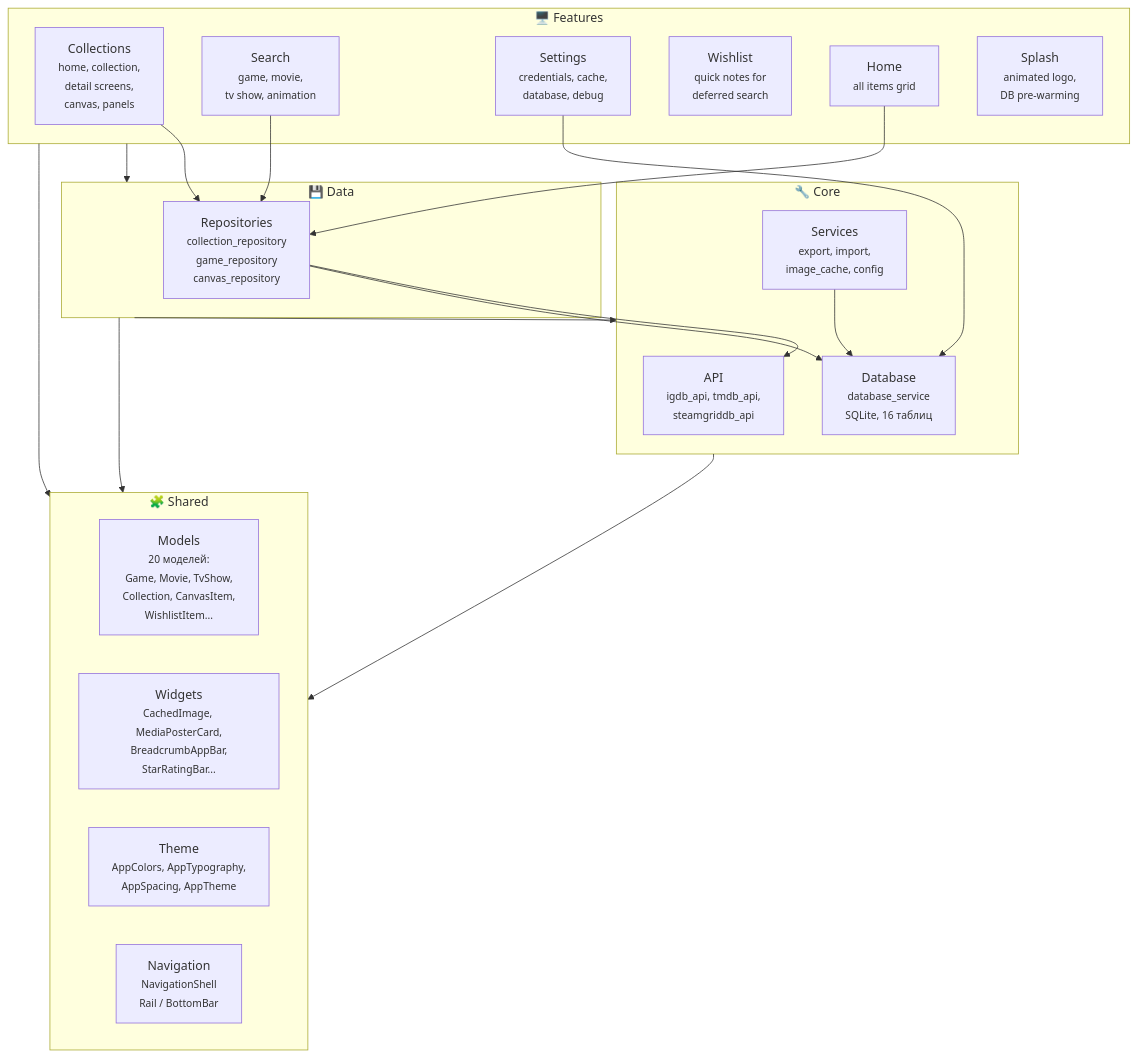
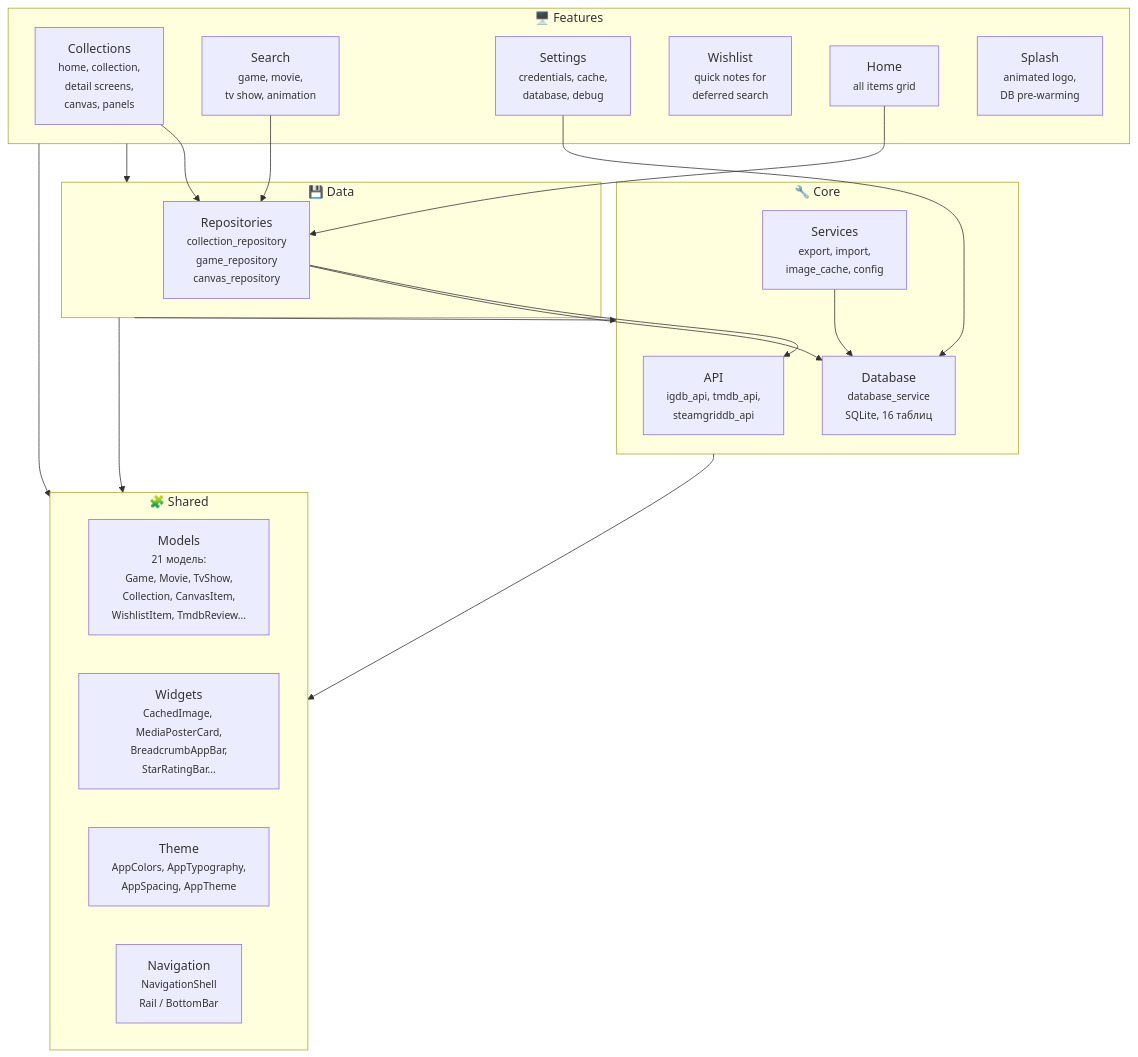
One commit to hacan359/tonkatsu_box changed the first of 2 diagrams in docs/ARCHITECTURE.md. Above: the diagram before and after it, drawn with Mermaid. The commit also changed other lines of this file and 10 other files, not shown here.

````diff
--- a/docs/ARCHITECTURE.md
+++ b/docs/ARCHITECTURE.md
@@ -24,42 +24,42 @@
 ```mermaid
 graph TB
     subgraph core ["🔧 Core"]
         api["API<br/><small>igdb_api, tmdb_api,<br/>steamgriddb_api</small>"]
         database["Database<br/><small>database_service<br/>SQLite, 16 таблиц</small>"]
         services["Services<br/><small>export, import,<br/>image_cache, config</small>"]
     end
 
     subgraph data ["💾 Data"]
         repositories["Repositories<br/><small>collection_repository<br/>game_repository<br/>canvas_repository</small>"]
     end
 
     subgraph features ["🖥️ Features"]
         collections["Collections<br/><small>home, collection,<br/>detail screens,<br/>canvas, panels</small>"]
         search["Search<br/><small>game, movie,<br/>tv show, animation</small>"]
         settings["Settings<br/><small>credentials, cache,<br/>database, debug</small>"]
         wishlist["Wishlist<br/><small>quick notes for<br/>deferred search</small>"]
         home["Home<br/><small>all items grid</small>"]
         splash["Splash<br/><small>animated logo,<br/>DB pre-warming</small>"]
     end
 
     subgraph shared ["🧩 Shared"]
-        models["Models<br/><small>20 моделей:<br/>Game, Movie, TvShow,<br/>Collection, CanvasItem,<br/>WishlistItem...</small>"]
+        models["Models<br/><small>21 модель:<br/>Game, Movie, TvShow,<br/>Collection, CanvasItem,<br/>WishlistItem, TmdbReview...</small>"]
         widgets["Widgets<br/><small>CachedImage, MediaPosterCard,<br/>BreadcrumbAppBar,<br/>StarRatingBar...</small>"]
         theme["Theme<br/><small>AppColors, AppTypography,<br/>AppSpacing, AppTheme</small>"]
         navigation["Navigation<br/><small>NavigationShell<br/>Rail / BottomBar</small>"]
     end
 
     features --> data
     features --> shared
     data --> core
     data --> shared
     core --> shared
 
     collections --> repositories
     search --> repositories
     settings --> database
     home --> repositories
     repositories --> api
     repositories --> database
     services --> database
 ```
````
